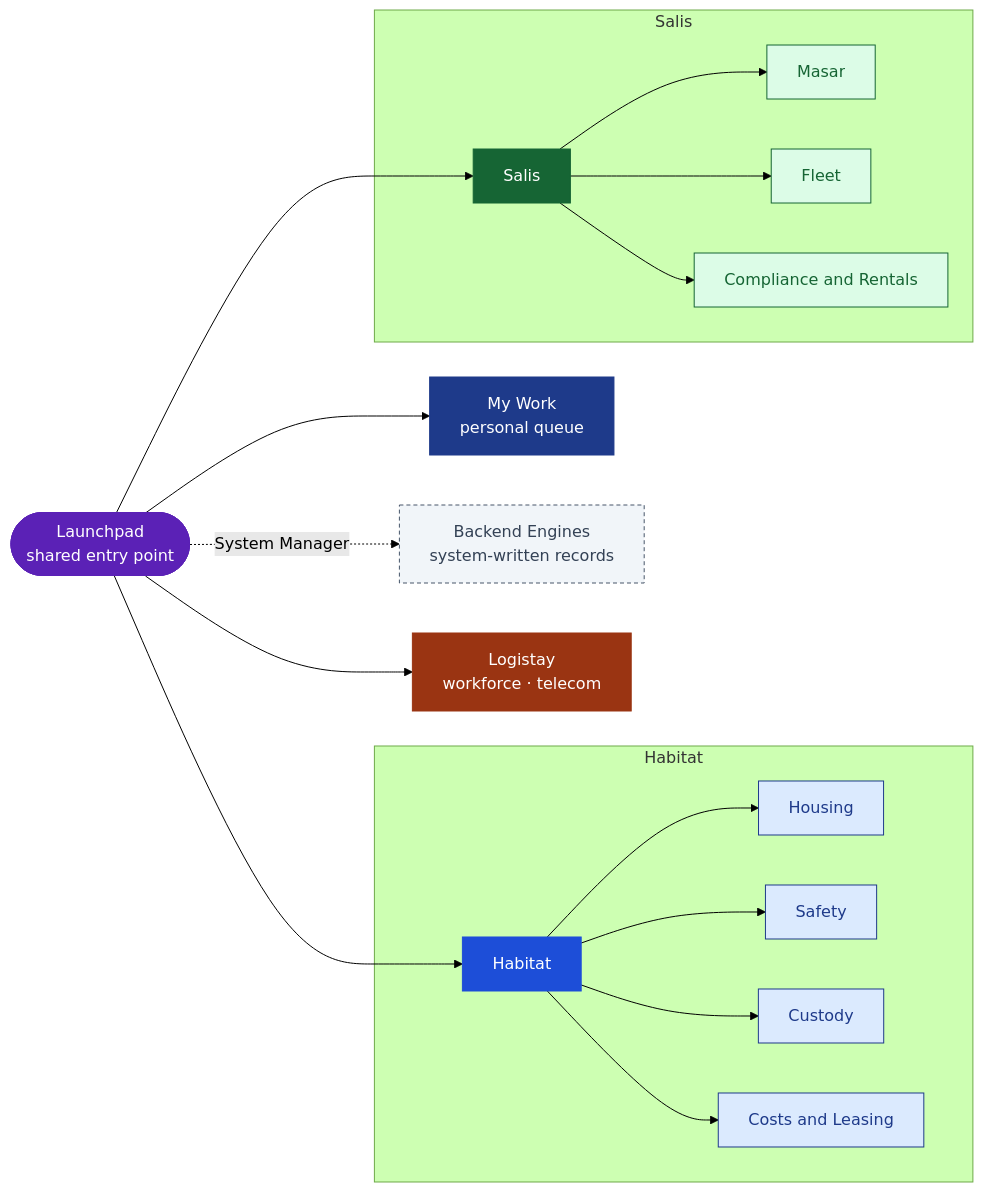
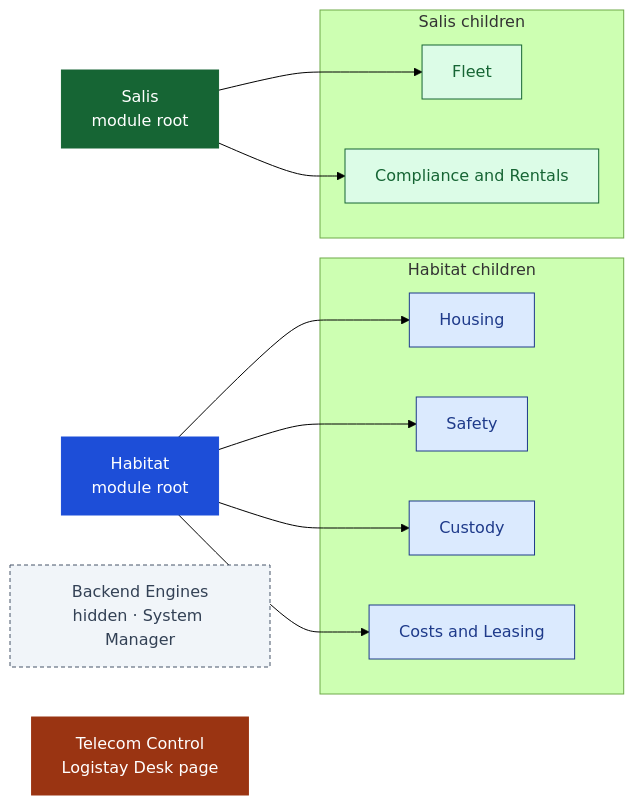
Before and after one commit to iabodysa/apex: the fourth of 5 diagrams in README.md, drawn with Mermaid (forest theme). The commit also changed other lines of this file and 6 other files, not shown here.

````diff
--- a/README.md
+++ b/README.md
@@ -170,47 +170,35 @@
 ```mermaid
 graph LR
-    LP(["Launchpad<br/>shared entry point"]):::launch
-    MW["My Work<br/>personal queue"]:::universal
-    BE["Backend Engines<br/>system-written records"]:::restricted
+    HAB["Habitat<br/>module root"]:::hub_ws
+    SALIS["Salis<br/>module root"]:::sal_ws
+    BE["Backend Engines<br/>hidden · System Manager"]:::restricted
 
-    subgraph HAB_NAV ["Habitat"]
-        HAB["Habitat"]:::hub_ws
+    subgraph HAB_NAV ["Habitat children"]
         HOUSING["Housing"]:::ws
         SAFETY["Safety"]:::ws
         CUSTODY["Custody"]:::ws
         COSTS["Costs and Leasing"]:::ws
     end
 
-    subgraph SAL_NAV ["Salis"]
-        SALIS["Salis"]:::sal_ws
-        MASAR["Masar"]:::sal_child
+    subgraph SAL_NAV ["Salis children"]
         FLEET["Fleet"]:::sal_child
         COMP["Compliance and Rentals"]:::sal_child
     end
 
-    LOG["Logistay<br/>workforce · telecom"]:::log_ws
-
-    LP --> MW
-    LP --> HAB
-    LP --> SALIS
-    LP --> LOG
-    LP -. "System Manager" .-> BE
+    LOG["Telecom Control<br/>Logistay Desk page"]:::log_ws
 
     HAB --> HOUSING
     HAB --> SAFETY
     HAB --> CUSTODY
     HAB --> COSTS
 
-    SALIS --> MASAR
     SALIS --> FLEET
     SALIS --> COMP
 
-    classDef universal  fill:#1e3a8a,stroke:#1e3a8a,color:#fff;
-    classDef launch     fill:#5b21b6,stroke:#5b21b6,color:#fff;
     classDef restricted fill:#f1f5f9,stroke:#475569,color:#334155,stroke-dasharray:4 3;
     classDef hub_ws     fill:#1d4ed8,stroke:#1d4ed8,color:#fff;
     classDef ws         fill:#dbeafe,stroke:#1e3a8a,color:#1e3a8a;
     classDef sal_ws     fill:#166534,stroke:#166534,color:#fff;
     classDef sal_child  fill:#dcfce7,stroke:#166534,color:#166534;
     classDef log_ws     fill:#9a3412,stroke:#9a3412,color:#fff;
 ```
````
